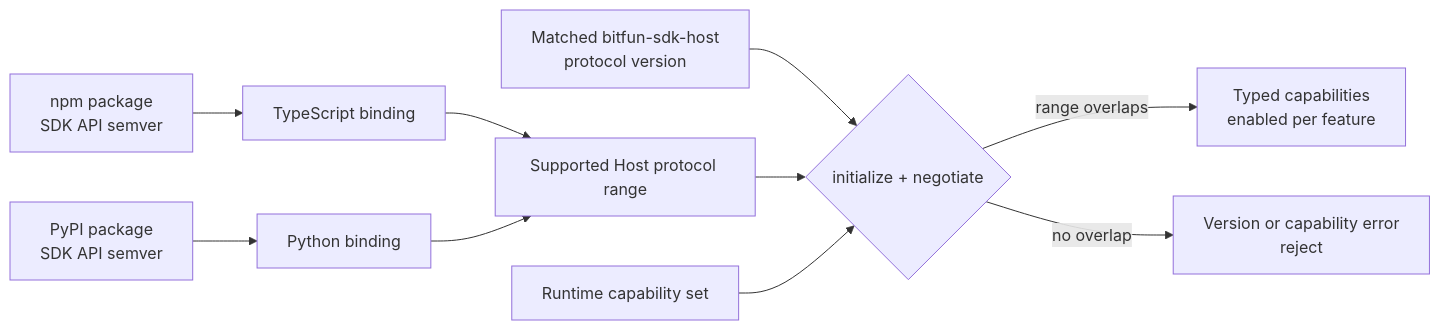
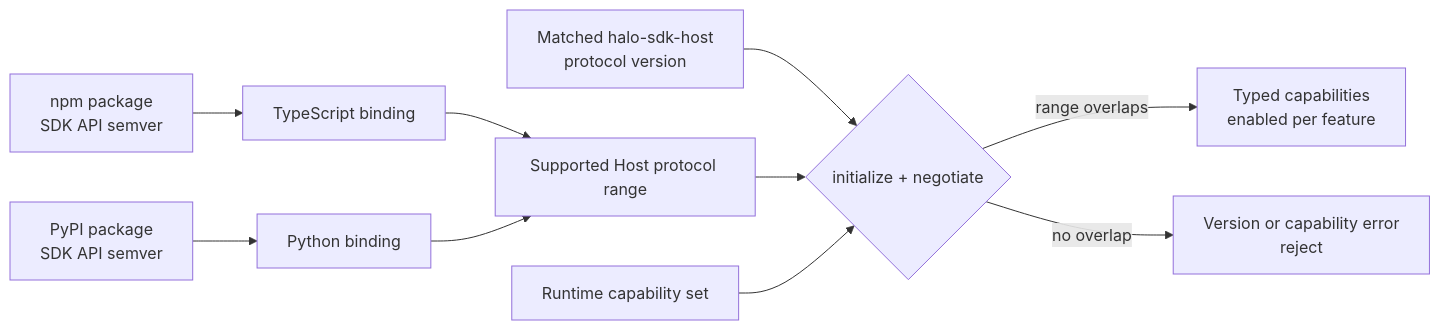
The tenth of 11 diagrams in product/Halo Studio/docs/architecture/agent-sdk-product-architecture.md (Nyzeep/Halo-Studio), drawn with Mermaid before and after one commit. The commit also changed other lines of this file and 259 other files, not shown here.

````diff
--- a/product/Halo Studio/docs/architecture/agent-sdk-product-architecture.md
+++ b/product/Halo Studio/docs/architecture/agent-sdk-product-architecture.md
@@ -532,12 +532,12 @@
 ```mermaid
 flowchart LR
   TSRelease["npm package\nSDK API semver"] --> SDK["TypeScript binding"]
   PyRelease["PyPI package\nSDK API semver"] --> SDK2["Python binding"]
   SDK --> Range["Supported Host protocol range"]
   SDK2 --> Range
-  Host["Matched bitfun-sdk-host\nprotocol version"] --> Negotiate{"initialize + negotiate"}
+  Host["Matched halo-sdk-host\nprotocol version"] --> Negotiate{"initialize + negotiate"}
   Range --> Negotiate
   Runtime["Runtime capability set"] --> Negotiate
   Negotiate -->|"range overlaps"| Ready["Typed capabilities\nenabled per feature"]
   Negotiate -->|"no overlap"| Reject["Version or capability error\nreject"]
 ```
````
